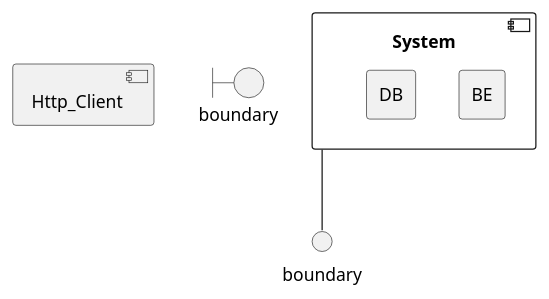
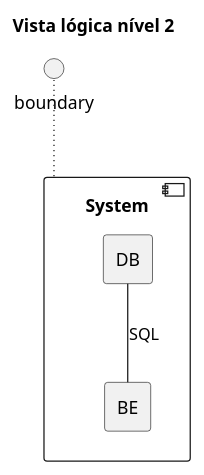
Before and after one commit to Guiigou/SIDIS_2024: the diagram in LibraryAPI/docs/Vista lógica/Nivel2.puml, drawn with PlantUML. The commit also changed 7 other files, not shown here.

```diff
--- a/LibraryAPI/docs/Vista lógica/Nivel2.puml
+++ b/LibraryAPI/docs/Vista lógica/Nivel2.puml
@@ -1,22 +1,22 @@
 @startuml
  'https://plantuml.com/class-diagram
 
  hide circle
  skinparam classAttributeIconSize 0
 
+title Vista lógica nível 2
 
 component System {
  rectangle BE {
  }
+
  rectangle DB {
   }
 }
-component Http_Client {
 
-}
+BE -up- DB : SQL
 
-boundary     "boundary"    as boundaryVeryLOOOOOOOOOOOOOOOOOOOg
-System -- boundary
+System ~up~ boundary
 
 
 @enduml
```
